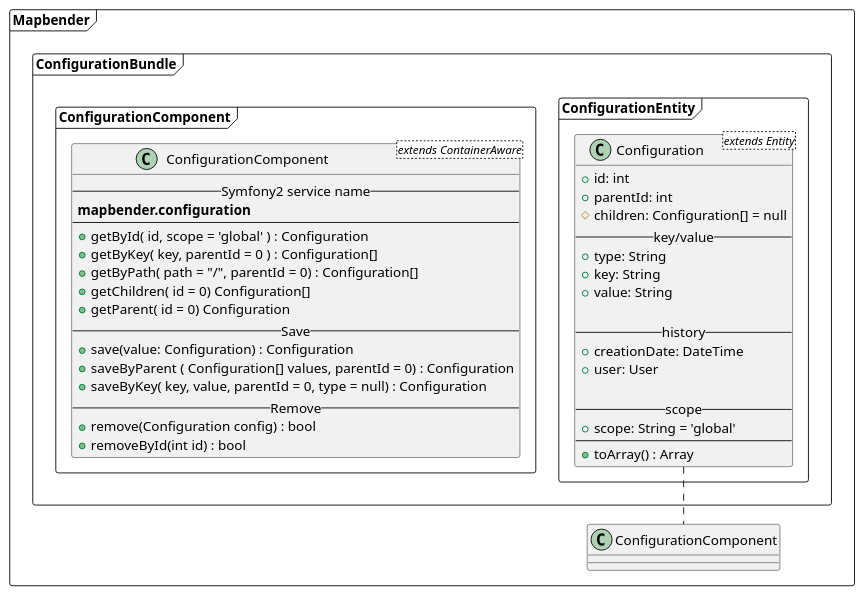
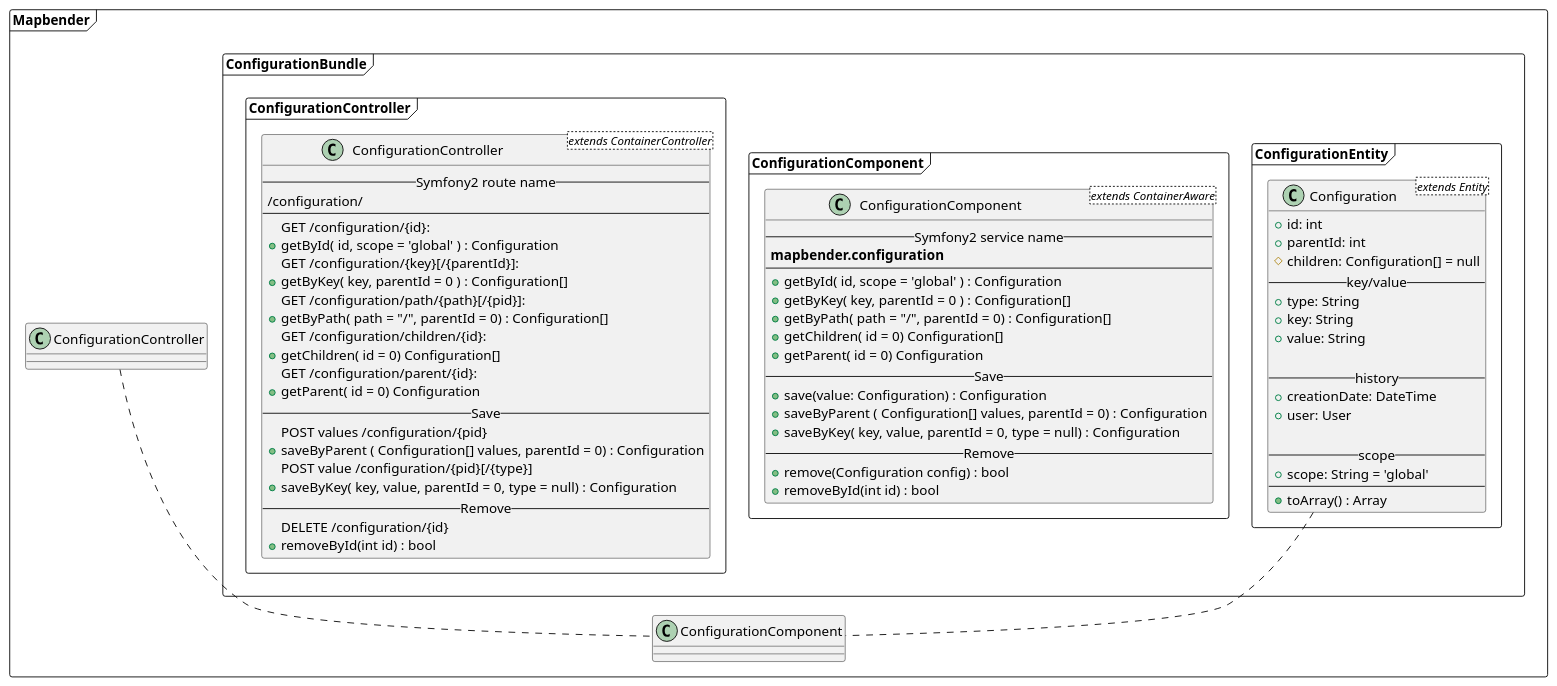
Before and after one commit to mapbender/search: the diagram in Documents/Configuration/API.puml, drawn with PlantUML. The commit also changed 3 other files, not shown here.

```diff
--- a/Documents/Configuration/API.puml
+++ b/Documents/Configuration/API.puml
@@ -1,49 +1,75 @@
 @startuml
 package Mapbender <<Frame>> {
   package ConfigurationBundle <<frame>> {
     package ConfigurationEntity <<frame>> {
-        class Configuration <extends Entity> {
-            + id: int
-            + parentId: int
-            # children: Configuration[] = null
-            -- key/value --
-            + type: String
-            + key: String
-            + value: String
+      class Configuration <extends Entity> {
+        + id: int
+        + parentId: int
+        # children: Configuration[] = null
+        -- key/value --
+        + type: String
+        + key: String
+        + value: String
 
-            -- history --
-            + creationDate: DateTime
-            + user: User
+        -- history --
+        + creationDate: DateTime
+        + user: User
 
-            -- scope --
-            + scope: String = 'global'
-            --
-            + toArray() : Array
-        }
+        -- scope --
+        + scope: String = 'global'
+        --
+        + toArray() : Array
+      }
     }
 
     package ConfigurationComponent <<frame>> {
-        class ConfigurationComponent <extends ContainerAware> {
-            -- Symfony2 service name --
-            **mapbender.configuration**
-            --
-            + getById( id, scope = 'global' ) : Configuration
-            + getByKey( key, parentId = 0 ) : Configuration[]
-            + getByPath( path = "/", parentId = 0) : Configuration[]
-            + getChildren( id = 0) Configuration[]
-            + getParent( id = 0) Configuration
-            -- Save --
-            + save(value: Configuration) : Configuration
-            + saveByParent ( Configuration[] values, parentId = 0) : Configuration
-            + saveByKey( key, value, parentId = 0, type = null) : Configuration
-            -- Remove --
-            + remove(Configuration config) : bool
-            + removeById(int id) : bool
-        }
+      class ConfigurationComponent <extends ContainerAware> {
+        -- Symfony2 service name --
+        **mapbender.configuration**
+        --
+        + getById( id, scope = 'global' ) : Configuration
+        + getByKey( key, parentId = 0 ) : Configuration[]
+        + getByPath( path = "/", parentId = 0) : Configuration[]
+        + getChildren( id = 0) Configuration[]
+        + getParent( id = 0) Configuration
+        -- Save --
+        + save(value: Configuration) : Configuration
+        + saveByParent ( Configuration[] values, parentId = 0) : Configuration
+        + saveByKey( key, value, parentId = 0, type = null) : Configuration
+        -- Remove --
+        + remove(Configuration config) : bool
+        + removeById(int id) : bool
+      }
+    }
+    package ConfigurationController <<frame>> {
+      class ConfigurationController <extends ContainerController> {
+        -- Symfony2 route name --
+        /configuration/
+        --
+        GET /configuration/{id}:
+        + getById( id, scope = 'global' ) : Configuration
+        GET /configuration/{key}[/{parentId}]:
+        + getByKey( key, parentId = 0 ) : Configuration[]
+        GET /configuration/path/{path}[/{pid}]:
+        + getByPath( path = "/", parentId = 0) : Configuration[]
+        GET /configuration/children/{id}:
+        + getChildren( id = 0) Configuration[]
+        GET /configuration/parent/{id}:
+        + getParent( id = 0) Configuration
+        -- Save --
+        POST values /configuration/{pid}
+        + saveByParent ( Configuration[] values, parentId = 0) : Configuration
+        POST value /configuration/{pid}[/{type}]
+        + saveByKey( key, value, parentId = 0, type = null) : Configuration
+        -- Remove --
+        DELETE /configuration/{id}
+        + removeById(int id) : bool
+      }
     }
   }
 
   Configuration .. ConfigurationComponent
+  ConfigurationController .. ConfigurationComponent
 }
 
 @enduml
```
